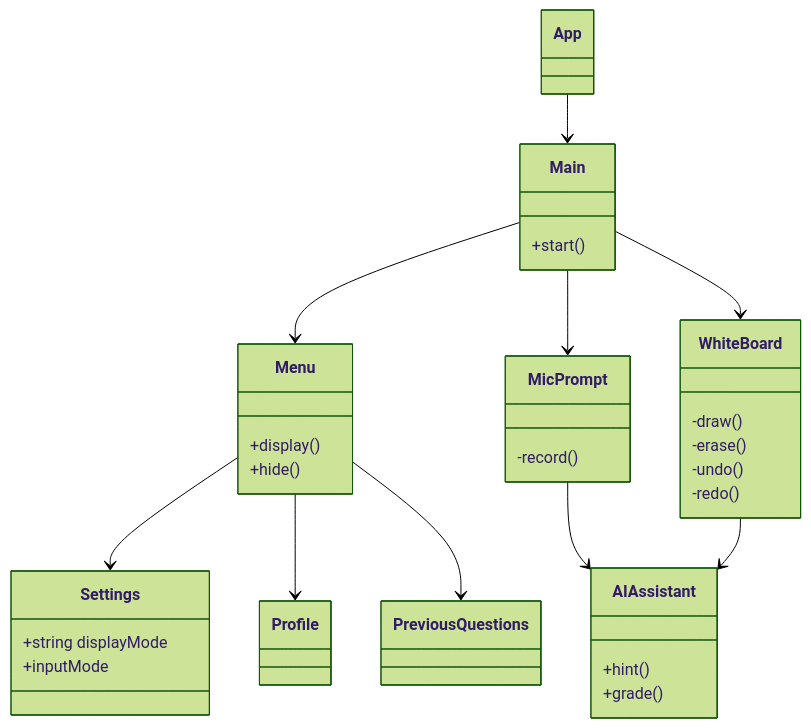
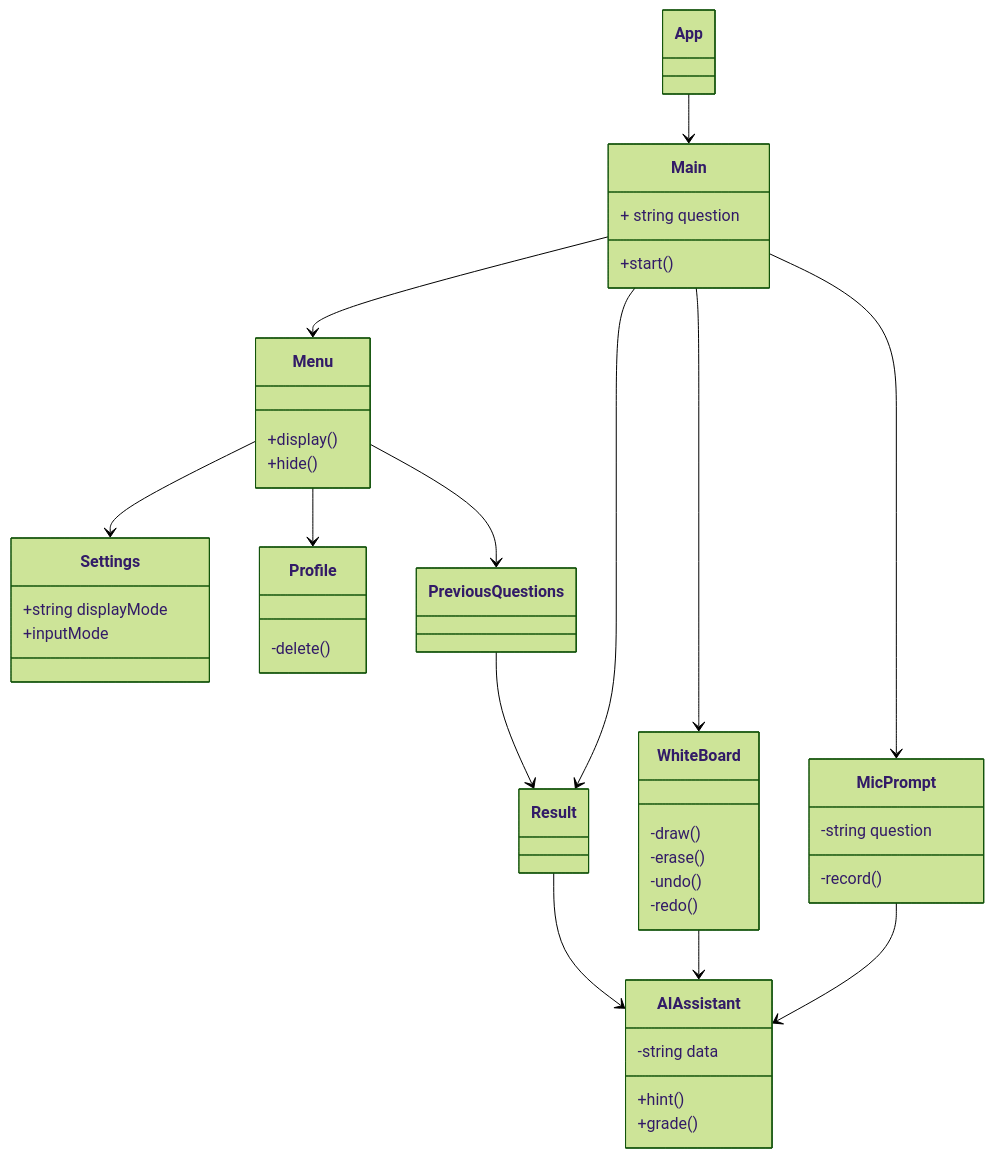
Before and after one commit to capstone-projects-2024-fall/project-whiteboardflow: the diagram in documentation/docs/system-architecture/Class Diagrams.md, drawn with Mermaid (forest theme). The commit also changed other lines of this file, not shown here.

Commit message:
Update Class Diagrams.md

````diff
--- a/documentation/docs/system-architecture/Class Diagrams.md
+++ b/documentation/docs/system-architecture/Class Diagrams.md
@@ -7,36 +7,45 @@
 ```mermaid
 
 classDiagram
 
   App --> Main
   Main --> Menu
   Menu --> Settings
   Menu --> Profile
   Menu --> PreviousQuestions
   Main --> WhiteBoard
   Main --> MicPrompt
   MicPrompt --> AIAssistant
   WhiteBoard --> AIAssistant
+  Main --> Result
+  PreviousQuestions --> Result
+  Result --> AIAssistant
 
+  Whiteboard -string question
   WhiteBoard: -draw()
   WhiteBoard: -erase()
   WhiteBoard: -undo()
   WhiteBoard: -redo()
 
+  Main: + string question
   Main: +start()
 
   Menu: +display()
   Menu: +hide()
 
+  MicPrompt: -string question
   MicPrompt: -record()
-
+  
+  AIAssistant: -string data
   AIAssistant: +hint()
   AIAssistant: +grade()
 
   Settings: +string displayMode
   Settings: +inputMode
 
+  Profile: -delete()
+
 
 
 
 ```
````
